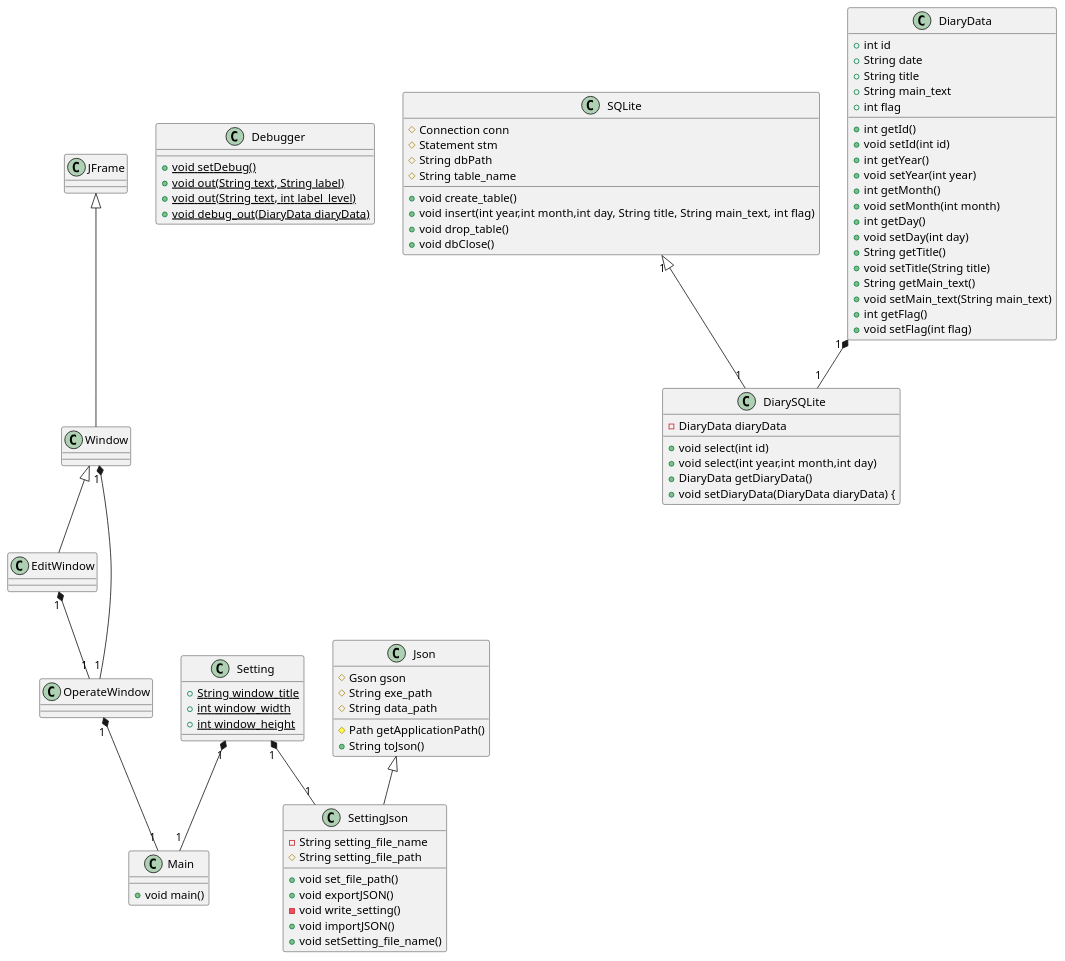
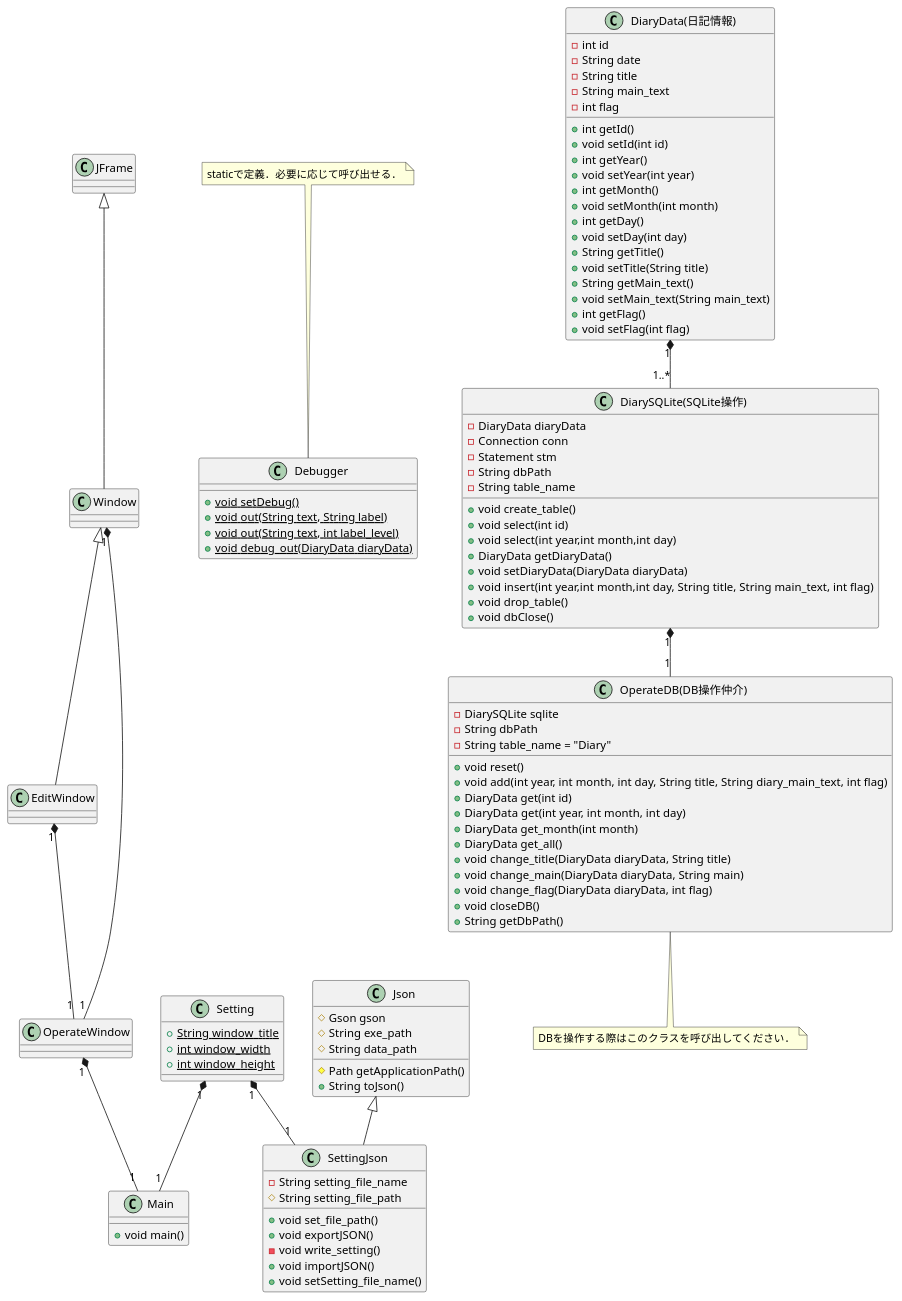
Before and after one commit to parsecmonkey/diary: the diagram in UML/class.pu, drawn with PlantUML. The commit also changed 2 other files, not shown here.

Commit message:
クラス図を変更

```diff
--- a/UML/class.pu
+++ b/UML/class.pu
@@ -1,109 +1,133 @@
 @startuml
 ' クラス定義
 class Main {
     + void main()
 }
 
 class JFrame{
 }
 
 class Window {
 }
 
 class EditWindow {
 }
 
 class OperateWindow {
 }
 
 class Json {
     # Gson gson
     # String exe_path
     # String data_path
     # Path getApplicationPath()
     + String toJson()
 }
 
 class Setting {
     {static}+ String window_title
     {static}+ int window_width
     {static}+ int window_height
 }
 
 class SettingJson {    
     - String setting_file_name
     # String setting_file_path
     + void set_file_path()
     + void exportJSON()
     - void write_setting()
     + void importJSON()
     + void setSetting_file_name()
 }
 
 class Debugger{
     {static}+ void setDebug()
     {static}+ void out(String text, String label)
     {static}+ void out(String text, int label_level)
     {static}+ void debug_out(DiaryData diaryData)
 }
 
+note top of Debugger
+     staticで定義．必要に応じて呼び出せる．
+end note
+
+
 ' DB関連
 
-class SQLite{
-    # Connection conn
-    # Statement stm
-    # String dbPath
-    # String table_name
-    
+class "DiarySQLite(SQLite操作)" as DiarySQLite{
+    - DiaryData diaryData
+    - Connection conn
+    - Statement stm
+    - String dbPath
+    - String table_name
+
     + void create_table() 
+    + void select(int id)
+    + void select(int year,int month,int day)
+    + DiaryData getDiaryData()
+    + void setDiaryData(DiaryData diaryData)
     + void insert(int year,int month,int day, String title, String main_text, int flag)
     + void drop_table()
     + void dbClose()
 }
 
-class DiarySQLite{
-    - DiaryData diaryData
-    + void select(int id)
-    + void select(int year,int month,int day)
-    + DiaryData getDiaryData()
-    + void setDiaryData(DiaryData diaryData) {
-}
-
-class DiaryData{
-    + int id
-    + String date
-    + String title
-    + String main_text
-    + int flag
+class "DiaryData(日記情報)" as DiaryData{
+    - int id
+    - String date
+    - String title
+    - String main_text
+    - int flag
 
     + int getId()
     + void setId(int id)
     + int getYear()
     + void setYear(int year)
     + int getMonth()
     + void setMonth(int month)
     + int getDay()
     + void setDay(int day)
     + String getTitle()
     + void setTitle(String title)
     + String getMain_text()
     + void setMain_text(String main_text)
     + int getFlag()
     + void setFlag(int flag) 
 }
 
+class "OperateDB(DB操作仲介)" as OperateDB{
+    - DiarySQLite sqlite
+    - String dbPath
+    - String table_name = "Diary"
+
+    + void reset()
+    + void add(int year, int month, int day, String title, String diary_main_text, int flag)
+    + DiaryData get(int id)
+    + DiaryData get(int year, int month, int day)
+    + DiaryData get_month(int month) 
+    + DiaryData get_all()
+    + void change_title(DiaryData diaryData, String title)
+    + void change_main(DiaryData diaryData, String main)
+    + void change_flag(DiaryData diaryData, int flag)
+    + void closeDB()
+    + String getDbPath()
+}
+
+note bottom of OperateDB
+    DBを操作する際はこのクラスを呼び出してください．
+end note
+
 
 
 ' 関係
 ' Json <|-- SettingJson : 継承
 Json <|-- SettingJson
 JFrame <|-- Window
 Window "1" *-- "1" OperateWindow
 Window <|-- EditWindow
 EditWindow "1" *-- "1" OperateWindow
 OperateWindow "1" *-- "1" Main
 Setting "1" *-- "1" SettingJson
 Setting "1" *-- "1" Main
-DiaryData "1" *-- "1" DiarySQLite
-SQLite "1" <|-- "1" DiarySQLite
+DiaryData "1" *-- "1..*" DiarySQLite
+DiarySQLite "1" *-- "1" OperateDB
 @enduml
```
